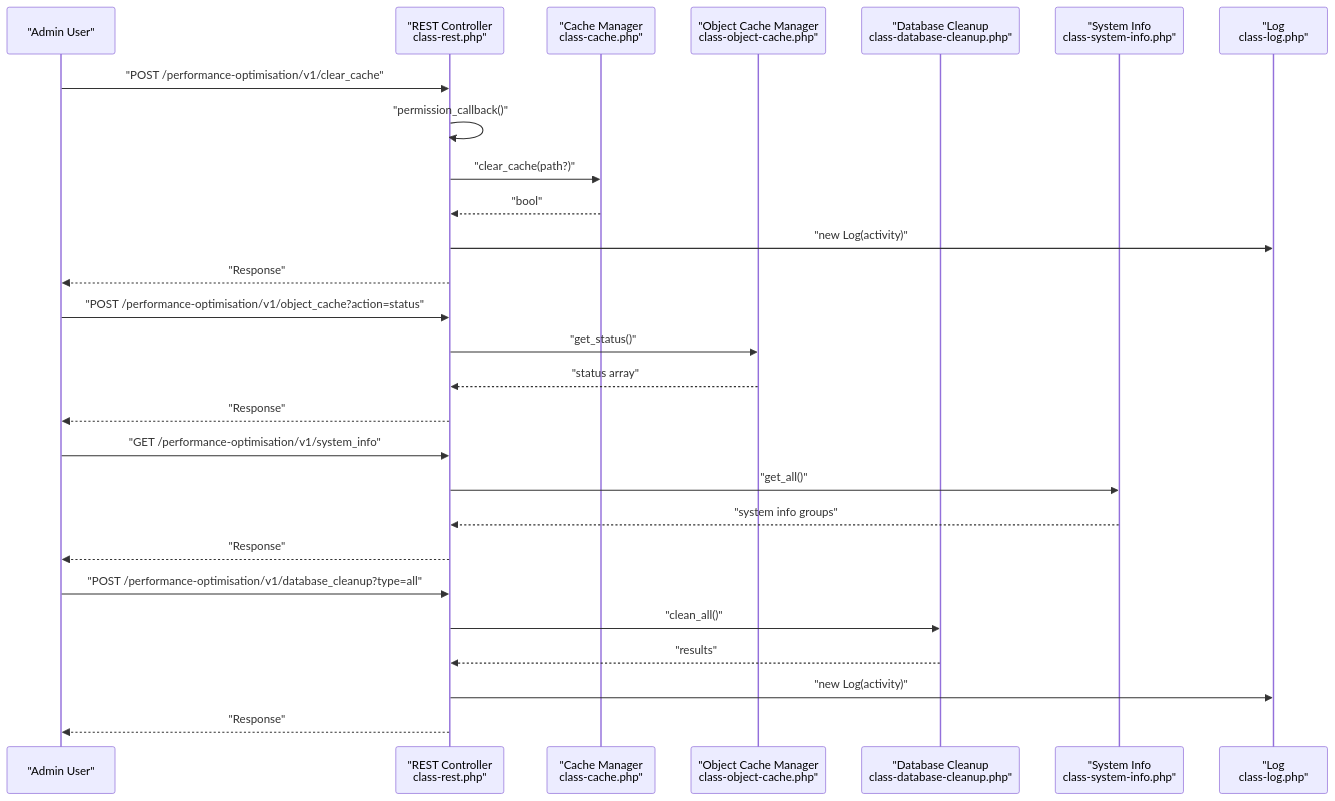
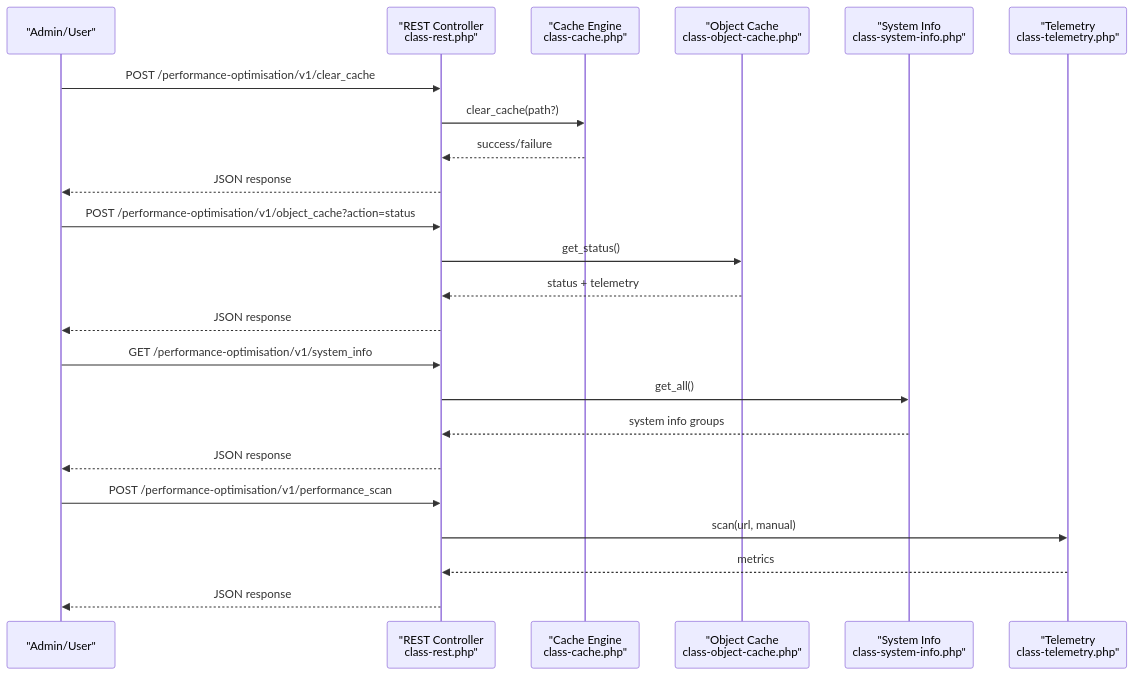
Before and after one commit to nilesh32236/performance-optimisation: the second of 10 diagrams in .qoder/repowiki/en/content/Troubleshooting & Support.md, drawn with Mermaid. The commit also changed other lines of this file and 46 other files, not shown here.

````diff
--- a/.qoder/repowiki/en/content/Troubleshooting & Support.md
+++ b/.qoder/repowiki/en/content/Troubleshooting & Support.md
@@ -106,29 +112,25 @@
 ```mermaid
 sequenceDiagram
-participant Admin as "Admin User"
+participant Client as "Admin/User"
 participant REST as "REST Controller<br/>class-rest.php"
-participant Cache as "Cache Manager<br/>class-cache.php"
-participant Obj as "Object Cache Manager<br/>class-object-cache.php"
-participant DB as "Database Cleanup<br/>class-database-cleanup.php"
+participant Cache as "Cache Engine<br/>class-cache.php"
+participant Obj as "Object Cache<br/>class-object-cache.php"
 participant Sys as "System Info<br/>class-system-info.php"
-participant Log as "Log<br/>class-log.php"
-Admin->>REST : "POST /performance-optimisation/v1/clear_cache"
-REST->>REST : "permission_callback()"
-REST->>Cache : "clear_cache(path?)"
-Cache-->>REST : "bool"
-REST->>Log : "new Log(activity)"
-REST-->>Admin : "Response"
-Admin->>REST : "POST /performance-optimisation/v1/object_cache?action=status"
-REST->>Obj : "get_status()"
-Obj-->>REST : "status array"
-REST-->>Admin : "Response"
-Admin->>REST : "GET /performance-optimisation/v1/system_info"
-REST->>Sys : "get_all()"
-Sys-->>REST : "system info groups"
-REST-->>Admin : "Response"
-Admin->>REST : "POST /performance-optimisation/v1/database_cleanup?type=all"
-REST->>DB : "clean_all()"
-DB-->>REST : "results"
-REST->>Log : "new Log(activity)"
-REST-->>Admin : "Response"
+participant Tel as "Telemetry<br/>class-telemetry.php"
+Client->>REST : POST /performance-optimisation/v1/clear_cache
+REST->>Cache : clear_cache(path?)
+Cache-->>REST : success/failure
+REST-->>Client : JSON response
+Client->>REST : POST /performance-optimisation/v1/object_cache?action=status
+REST->>Obj : get_status()
+Obj-->>REST : status + telemetry
+REST-->>Client : JSON response
+Client->>REST : GET /performance-optimisation/v1/system_info
+REST->>Sys : get_all()
+Sys-->>REST : system info groups
+REST-->>Client : JSON response
+Client->>REST : POST /performance-optimisation/v1/performance_scan
+REST->>Tel : scan(url, manual)
+Tel-->>REST : metrics
+REST-->>Client : JSON response
 ```
````
